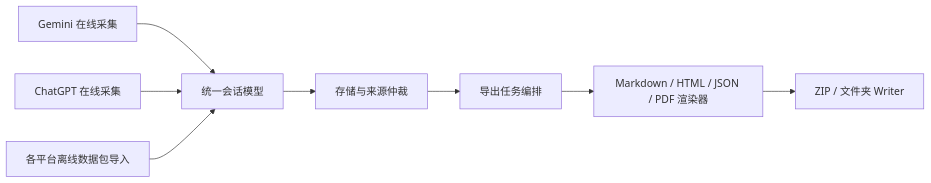
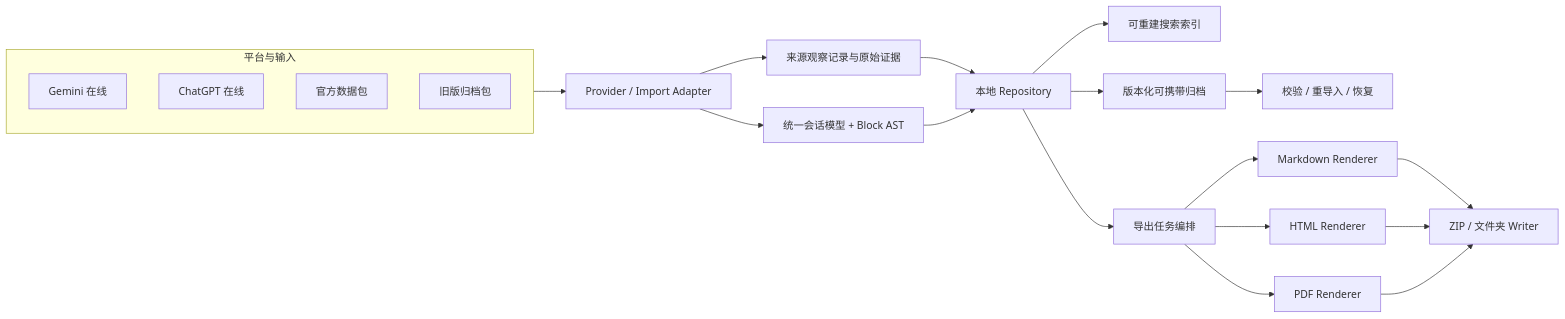
Before and after one commit to OTLFrostA/gemini-exporter: the first of 2 diagrams in docs/multi_platform_pdf_roadmap.md, drawn with Mermaid. The commit also changed other lines of this file, not shown here.

Commit message:
docs: detail long-term architecture and parallel delivery gates (#540)

````diff
--- a/docs/multi_platform_pdf_roadmap.md
+++ b/docs/multi_platform_pdf_roadmap.md
@@ -37,10 +60,24 @@
-```mermaid
+~~~mermaid
 flowchart LR
-    G[Gemini 在线采集] --> N[统一会话模型]
-    C[ChatGPT 在线采集] --> N
-    I[各平台离线数据包导入] --> N
-    N --> S[存储与来源仲裁]
-    S --> E[导出任务编排]
-    E --> R[Markdown / HTML / JSON / PDF 渲染器]
-    R --> W[ZIP / 文件夹 Writer]
-```
+    subgraph Inputs[平台与输入]
+      G[Gemini 在线]
+      C[ChatGPT 在线]
+      O[官方数据包]
+      A[旧版归档包]
+    end
+    Inputs --> PA[Provider / Import Adapter]
+    PA --> OBS[来源观察记录与原始证据]
+    PA --> CM[统一会话模型 + Block AST]
+    OBS --> REPO[本地 Repository]
+    CM --> REPO
+    REPO --> IDX[可重建搜索索引]
+    REPO --> ARC[版本化可携带归档]
+    ARC --> VERIFY[校验 / 重导入 / 恢复]
+    REPO --> PIPE[导出任务编排]
+    PIPE --> MD[Markdown Renderer]
+    PIPE --> HTML[HTML Renderer]
+    PIPE --> PDF[PDF Renderer]
+    MD --> WR[ZIP / 文件夹 Writer]
+    HTML --> WR
+    PDF --> WR
+~~~
````
